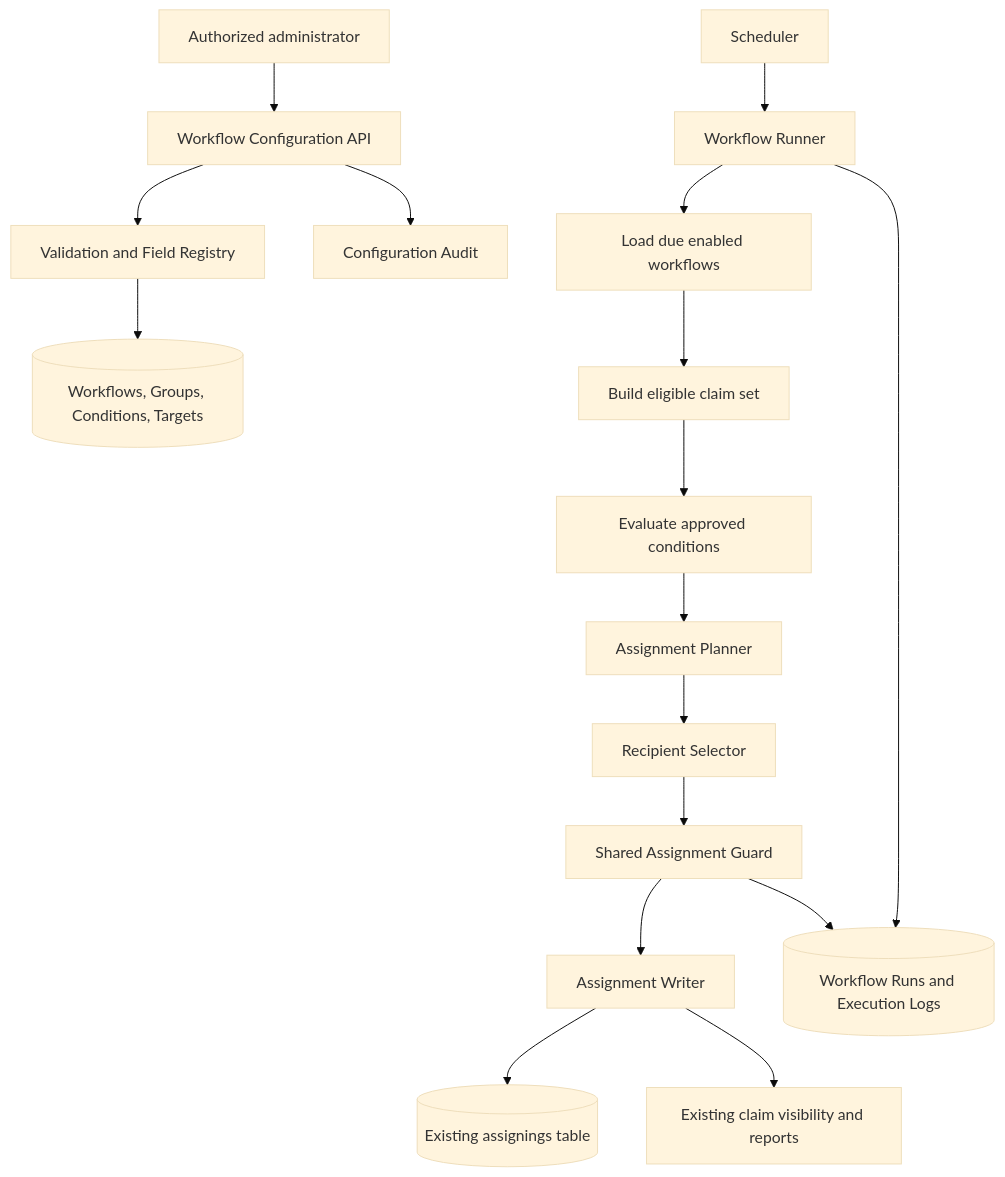
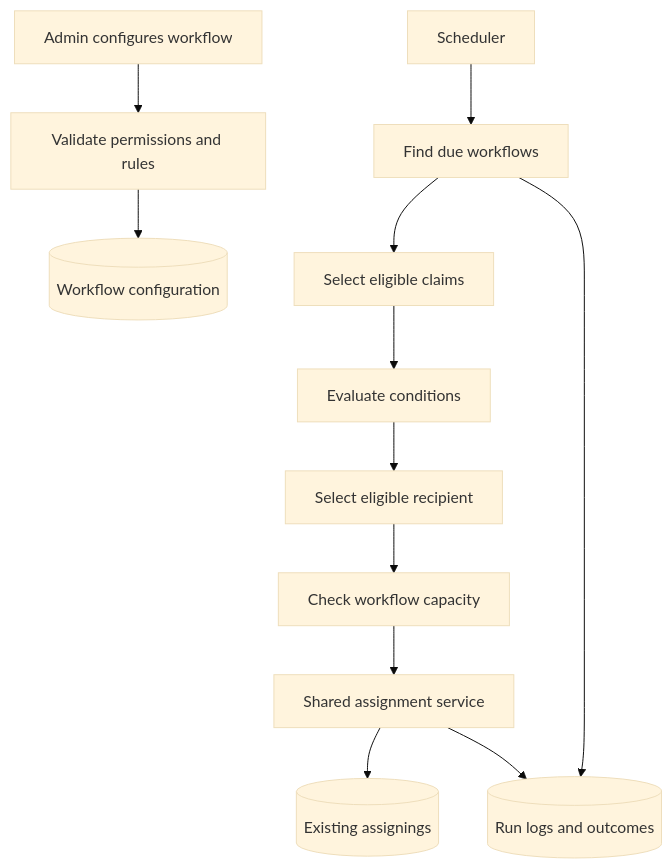
One commit to AhmedRamadan03/rcp changed the first of 2 diagrams in doc/new-feat/workflow-configuration-flow-architecture.md. Above: the diagram before and after it, drawn with Mermaid (base theme). The commit also changed other lines of this file, not shown here.

Commit message:
docs: clarify workflow capacity policy and simplify architecture

````diff
--- a/doc/new-feat/workflow-configuration-flow-architecture.md
+++ b/doc/new-feat/workflow-configuration-flow-architecture.md
@@ -48,20 +11,14 @@
 ```mermaid
 flowchart TD
-    A[Authorized administrator] --> B[Workflow Configuration API]
-    B --> C[Validation and Field Registry]
-    C --> D[(Workflows, Groups, Conditions, Targets)]
-    B --> E[Configuration Audit]
-
-    F[Scheduler] --> G[Workflow Runner]
-    G --> H[Load due enabled workflows]
-    H --> I[Build eligible claim set]
-    I --> J[Evaluate approved conditions]
-    J --> K[Assignment Planner]
-    K --> L[Recipient Selector]
-    L --> M[Shared Assignment Guard]
-    M --> N[Assignment Writer]
-    N --> O[(Existing assignings table)]
-    G --> P[(Workflow Runs and Execution Logs)]
-    M --> P
-    N --> Q[Existing claim visibility and reports]
+    A[Admin configures workflow] --> B[Validate permissions and rules]
+    B --> C[(Workflow configuration)]
+    D[Scheduler] --> E[Find due workflows]
+    E --> F[Select eligible claims]
+    F --> G[Evaluate conditions]
+    G --> H[Select eligible recipient]
+    H --> I[Check workflow capacity]
+    I --> J[Shared assignment service]
+    J --> K[(Existing assignings)]
+    E --> L[(Run logs and outcomes)]
+    J --> L
 ```
````
